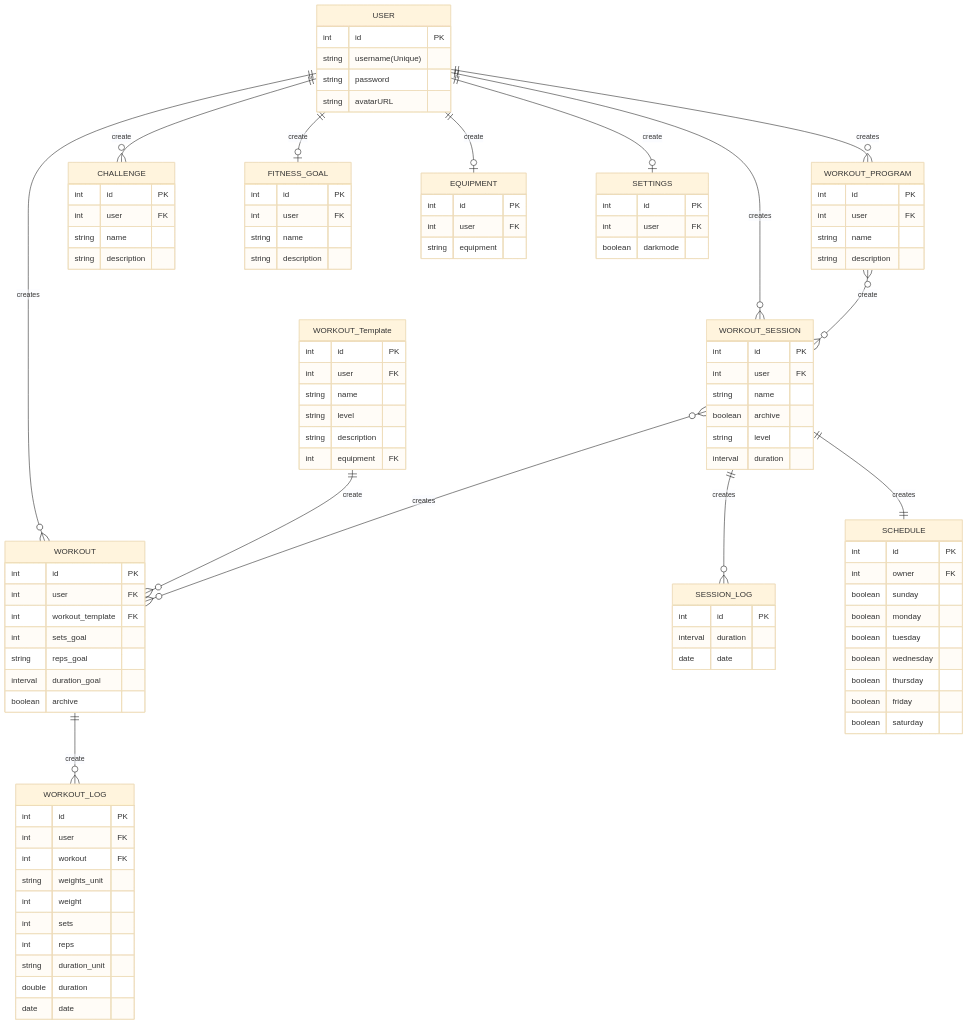
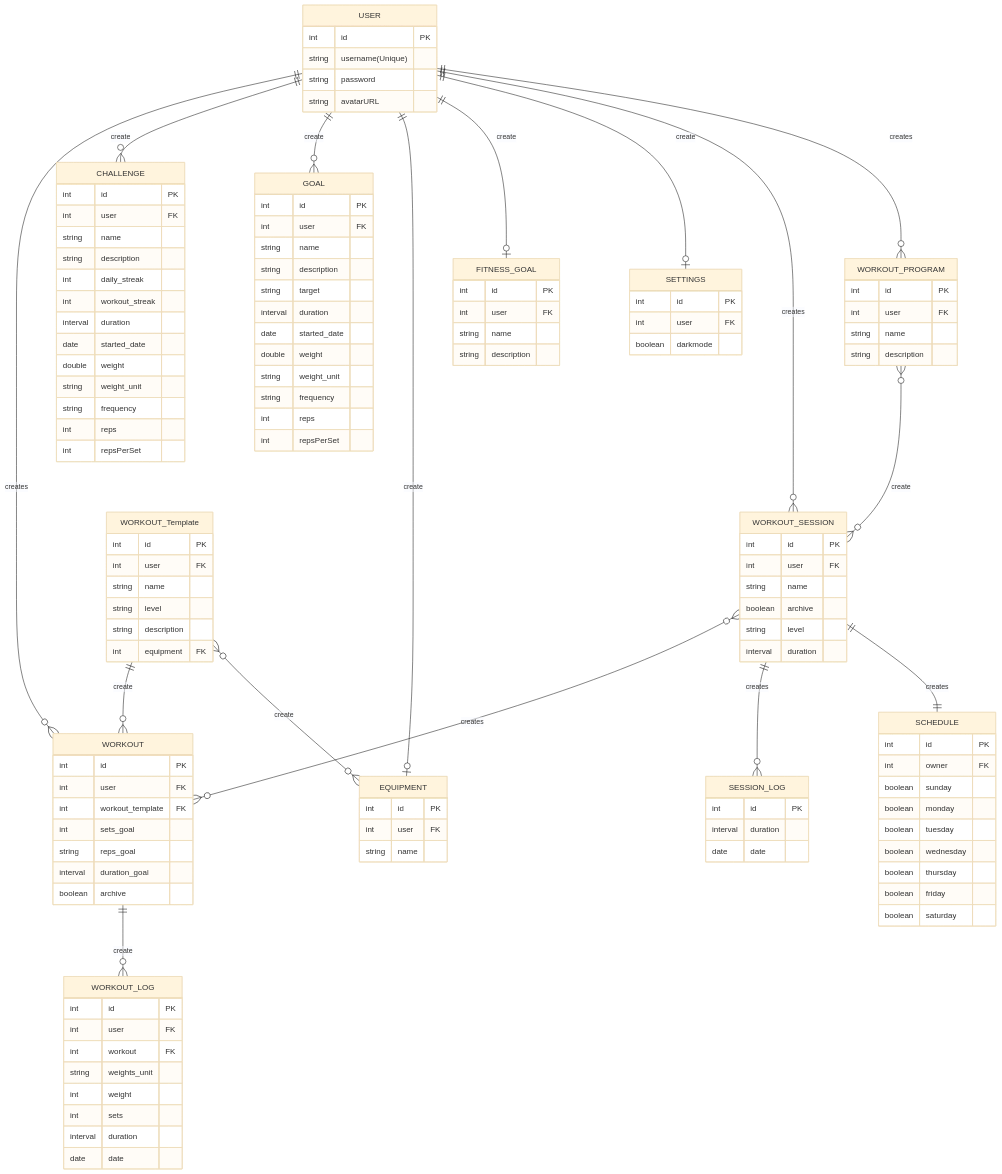
The diagram in ERDv1.md (EfrainAD/Workout-App), drawn with Mermaid (base theme) before and after one commit. The commit also changed other lines of this file, not shown here.

First line of the commit message:
Update: Updating the ERD table entries and Notes section

````diff
--- a/ERDv1.md
+++ b/ERDv1.md
@@ -4,8 +4,9 @@
 	erDiagram
 		USER ||--o{ WORKOUT : creates
 		USER ||--o{ CHALLENGE : create
+		USER ||--o{ GOAL : create
+		USER ||--o| EQUIPMENT : create
 		USER ||--o| FITNESS_GOAL : create
-		USER ||--o| EQUIPMENT : create
 		USER ||--o| SETTINGS : create
 		USER ||--o{ WORKOUT_SESSION : creates
 		USER ||--o{ WORKOUT_PROGRAM : creates
@@ -19,6 +20,11 @@
 			int id PK
 			int user FK
 			boolean darkmode
+		}
+		EQUIPMENT {
+			int id PK
+			int user FK
+			string name
 		}
 		WORKOUT_PROGRAM }o--o{ WORKOUT_SESSION : create
 		WORKOUT_PROGRAM {
@@ -39,6 +45,7 @@
 			interval duration
 		}
 		WORKOUT_Template ||--o{ WORKOUT : create
+		WORKOUT_Template }o--o{ EQUIPMENT : create
 		WORKOUT_Template {
 			int id PK
 			int user FK
@@ -64,9 +71,7 @@
 			string weights_unit
 			int weight
 			int sets
-			int reps
-			string duration_unit
-			double duration
+			interval duration
 			date date
 		}
 		SESSION_LOG {
@@ -91,15 +96,33 @@
 			string name
 			string description
 		}
+		GOAL {
+			int id PK
+			int user FK
+			string name
+			string description
+			string target
+			interval duration
+			date started_date
+			double weight
+			string weight_unit
+			string frequency
+			int reps
+			int repsPerSet
+		}
 		CHALLENGE {
 			int id PK
 			int user FK
 			string name
 			string description
-		}
-		EQUIPMENT {
-			int id PK
-			int user FK
-			string equipment
+			int daily_streak
+			int workout_streak
+			interval duration
+			date started_date
+			double weight
+			string weight_unit
+			string frequency
+			int reps
+			int repsPerSet
 		}
 ```
````
